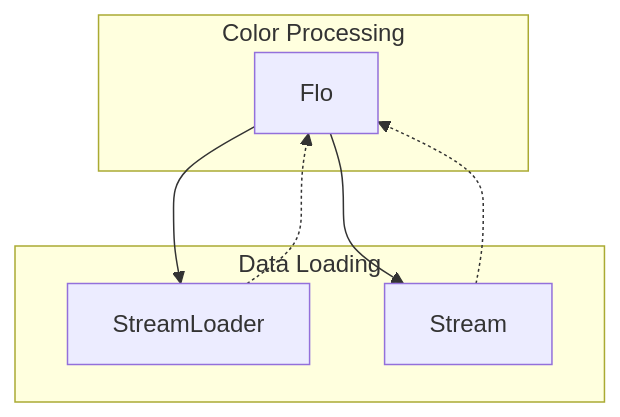
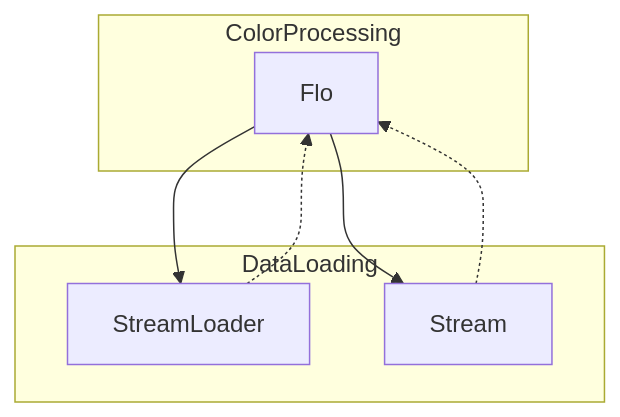
The diagram in bytecode/mapping/evidence/verified/Flo_MNHKFPQO.md (daxxog/solmud), drawn with Mermaid before and after one commit. The commit also changed 10 other files, not shown here.

````diff
--- a/bytecode/mapping/evidence/verified/Flo_MNHKFPQO.md
+++ b/bytecode/mapping/evidence/verified/Flo_MNHKFPQO.md
@@ -17,17 +17,17 @@
 ```mermaid
 graph TD
     Flo --> StreamLoader[StreamLoader]
     Flo --> Stream[Stream]
 
-    subgraph "Data Loading"
+    subgraph DataLoading
         StreamLoader
         Stream
     end
 
-    subgraph "Color Processing"
+    subgraph ColorProcessing
         Flo
     end
 
     StreamLoader -.-> Flo
     Stream -.-> Flo
 ```
````
